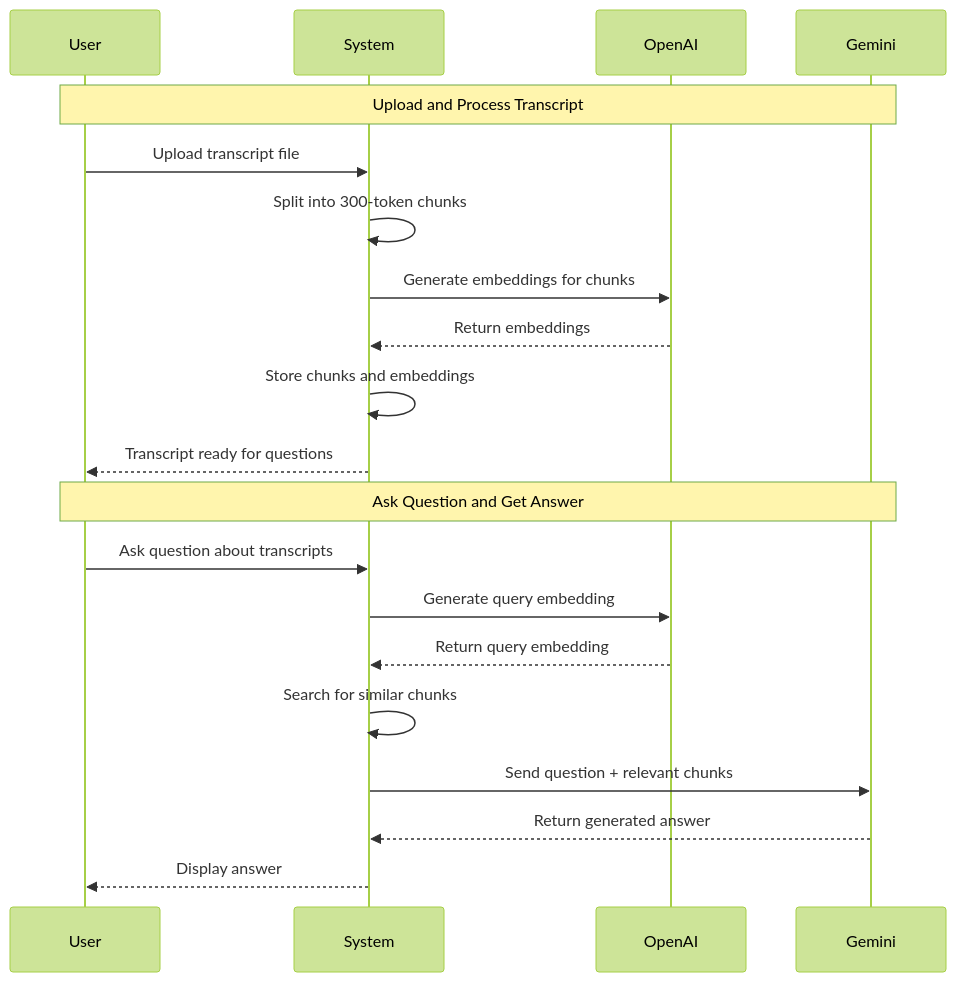
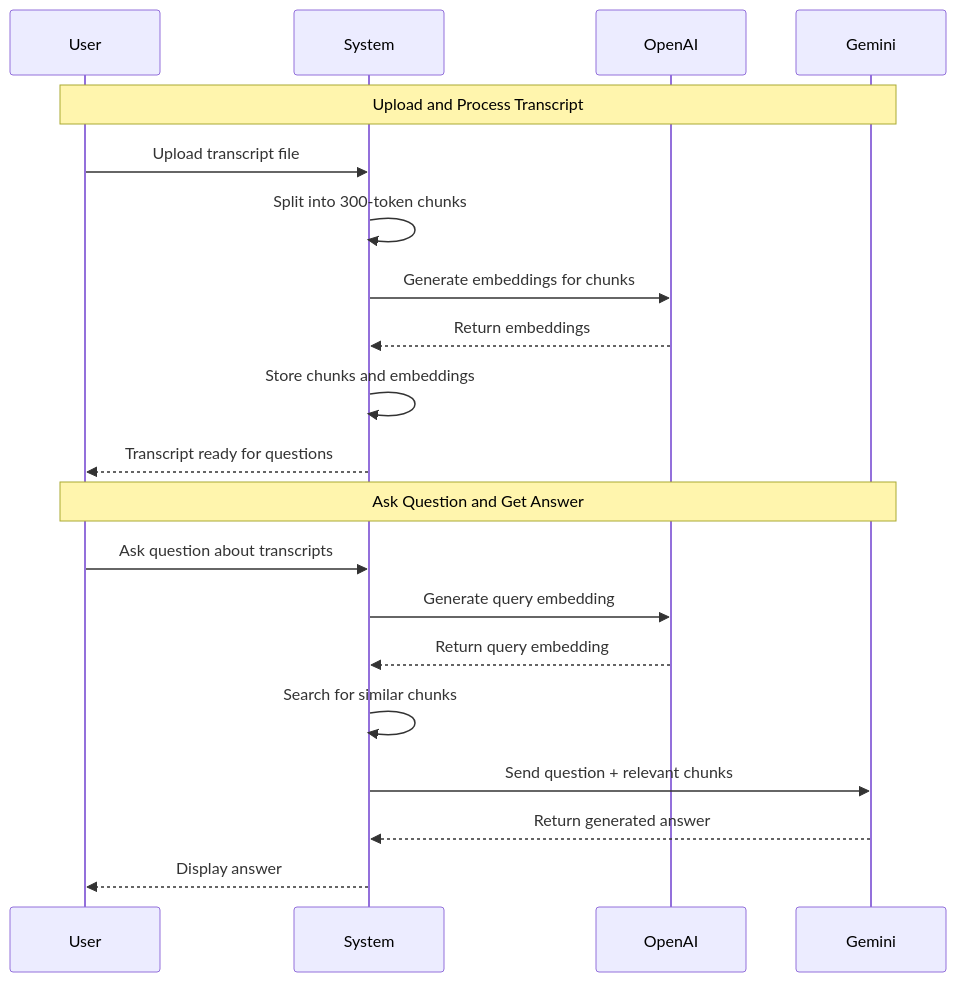
Before and after one commit to PedramNavid/pedramnavid.com: the first of 2 diagrams in src/content/blog/dspy-part-one.mdx, drawn with Mermaid. The commit also changed other lines of this file and 8 other files, not shown here.

````diff
--- a/src/content/blog/dspy-part-one.mdx
+++ b/src/content/blog/dspy-part-one.mdx
@@ -58,28 +58,24 @@
 ```mermaid
----
-config:
-  theme: forest
----
 sequenceDiagram
     participant User
     participant System
     participant OpenAI
     participant Gemini
     
     Note over User, Gemini: Upload and Process Transcript
     User->>System: Upload transcript file
     System->>System: Split into 300-token chunks
     System->>OpenAI: Generate embeddings for chunks
     OpenAI-->>System: Return embeddings
     System->>System: Store chunks and embeddings
     System-->>User: Transcript ready for questions
     
     Note over User, Gemini: Ask Question and Get Answer
     User->>System: Ask question about transcripts
     System->>OpenAI: Generate query embedding
     OpenAI-->>System: Return query embedding
     System->>System: Search for similar chunks
     System->>Gemini: Send question + relevant chunks
     Gemini-->>System: Return generated answer
     System-->>User: Display answer
 ```
````
